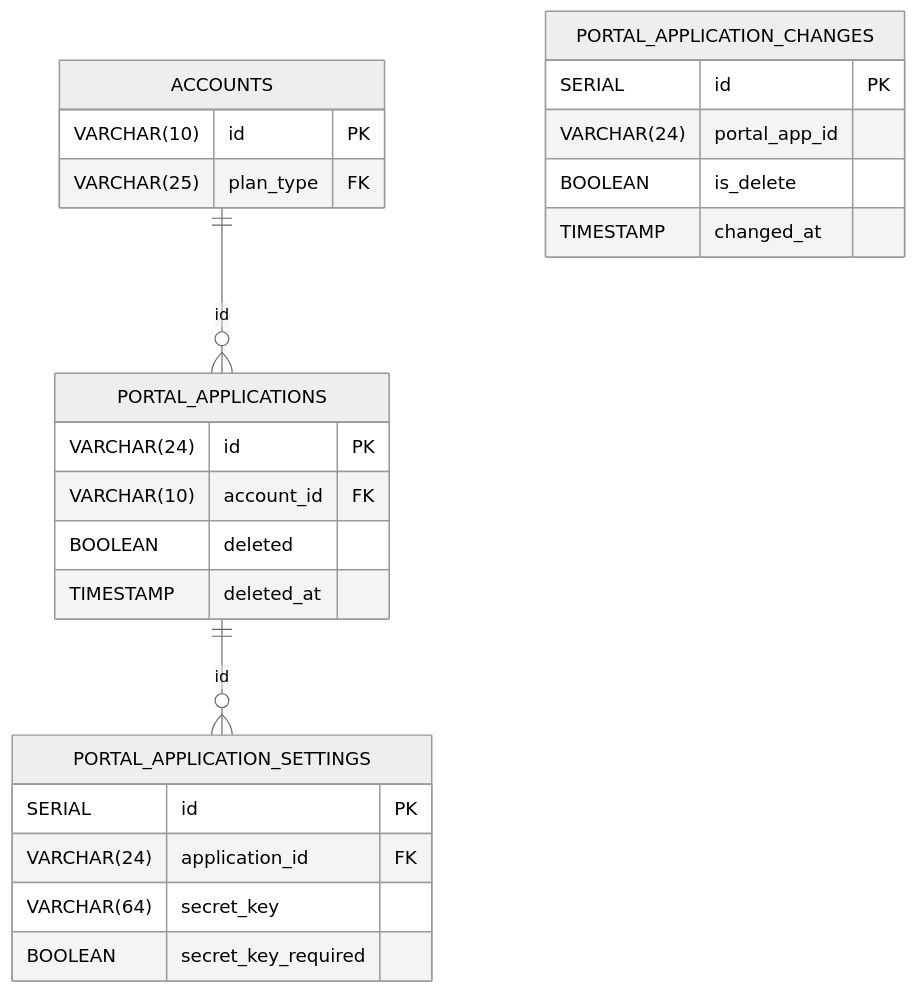
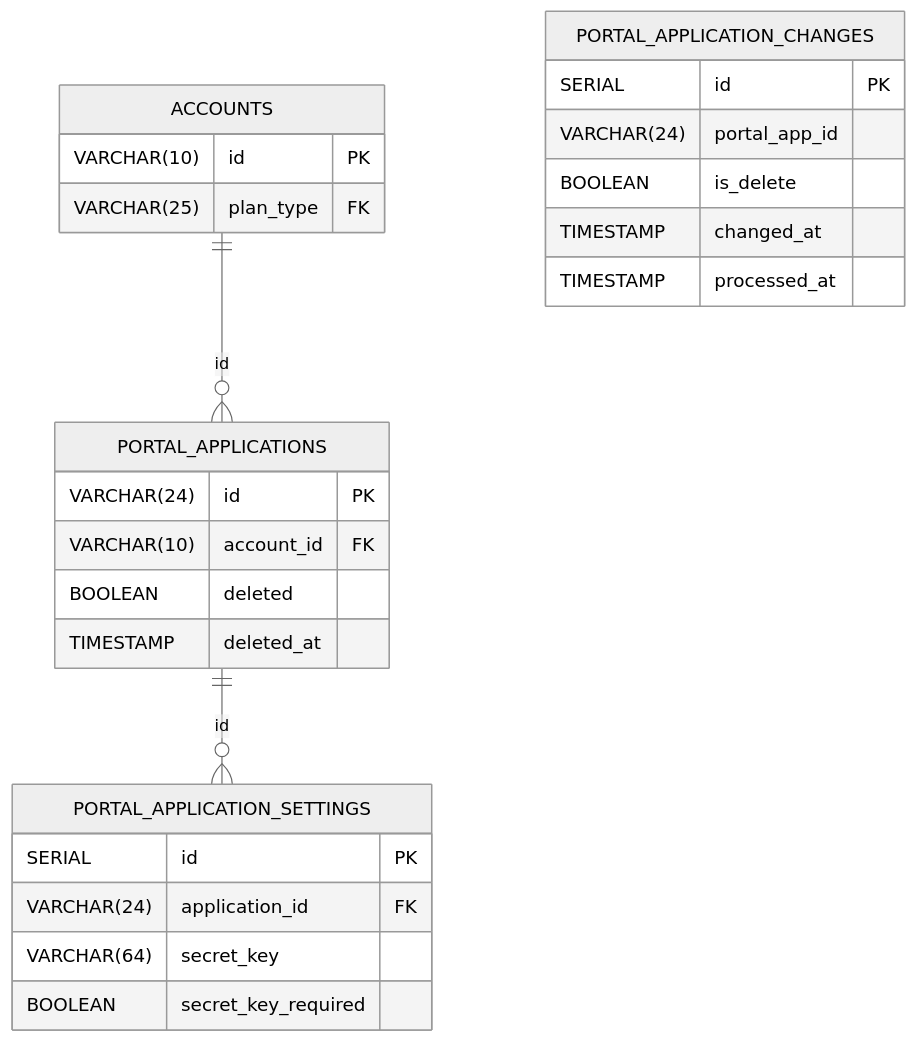
One commit to buildwithgrove/path-external-auth-server changed the diagram in postgres/grove/README.md. Above: the diagram before and after it, drawn with Mermaid (neutral theme). The commit also changed other lines of this file and 4 other files, not shown here.

````diff
--- a/postgres/grove/README.md
+++ b/postgres/grove/README.md
@@ -37,31 +37,32 @@
 ```mermaid
 erDiagram
     ACCOUNTS {
         VARCHAR(10) id PK
         VARCHAR(25) plan_type FK
     }
 
     PORTAL_APPLICATIONS {
         VARCHAR(24) id PK
         VARCHAR(10) account_id FK
         BOOLEAN deleted
         TIMESTAMP deleted_at
     }
 
     PORTAL_APPLICATION_SETTINGS {
         SERIAL id PK
         VARCHAR(24) application_id FK
         VARCHAR(64) secret_key
         BOOLEAN secret_key_required
     }
 
     PORTAL_APPLICATION_CHANGES {
         SERIAL id PK
         VARCHAR(24) portal_app_id
         BOOLEAN is_delete
         TIMESTAMP changed_at
+        TIMESTAMP processed_at
     }
 
     ACCOUNTS ||--o{ PORTAL_APPLICATIONS : "id"
     PORTAL_APPLICATIONS ||--o{ PORTAL_APPLICATION_SETTINGS : "id"
 ```
````
